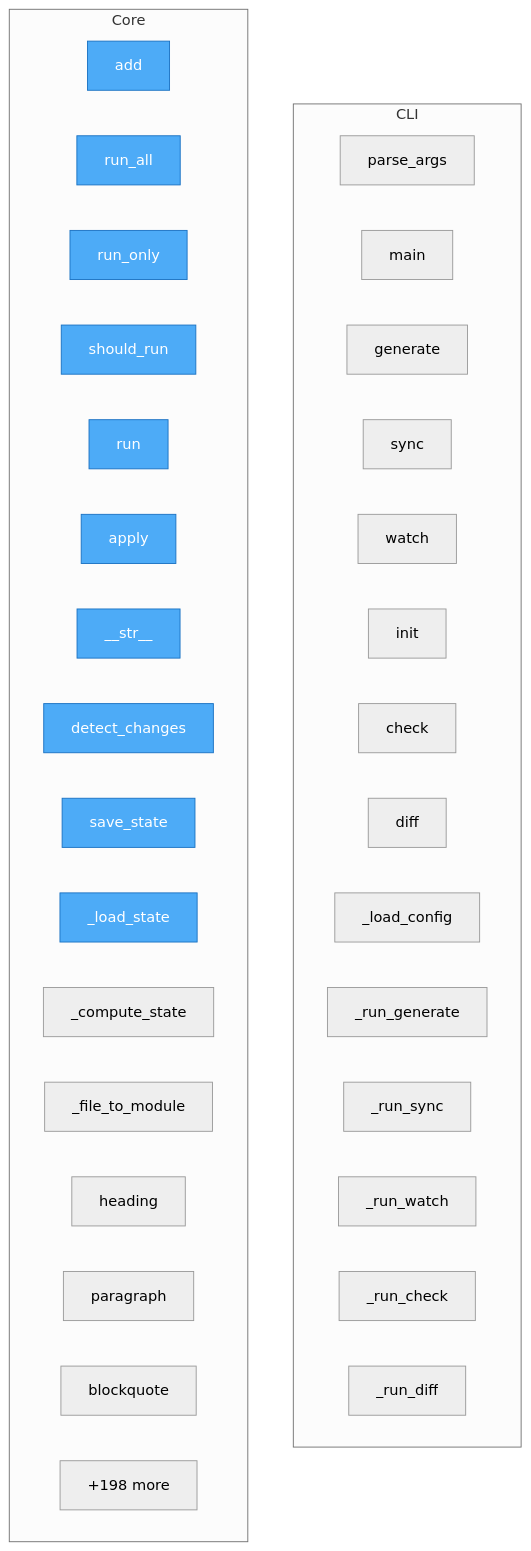
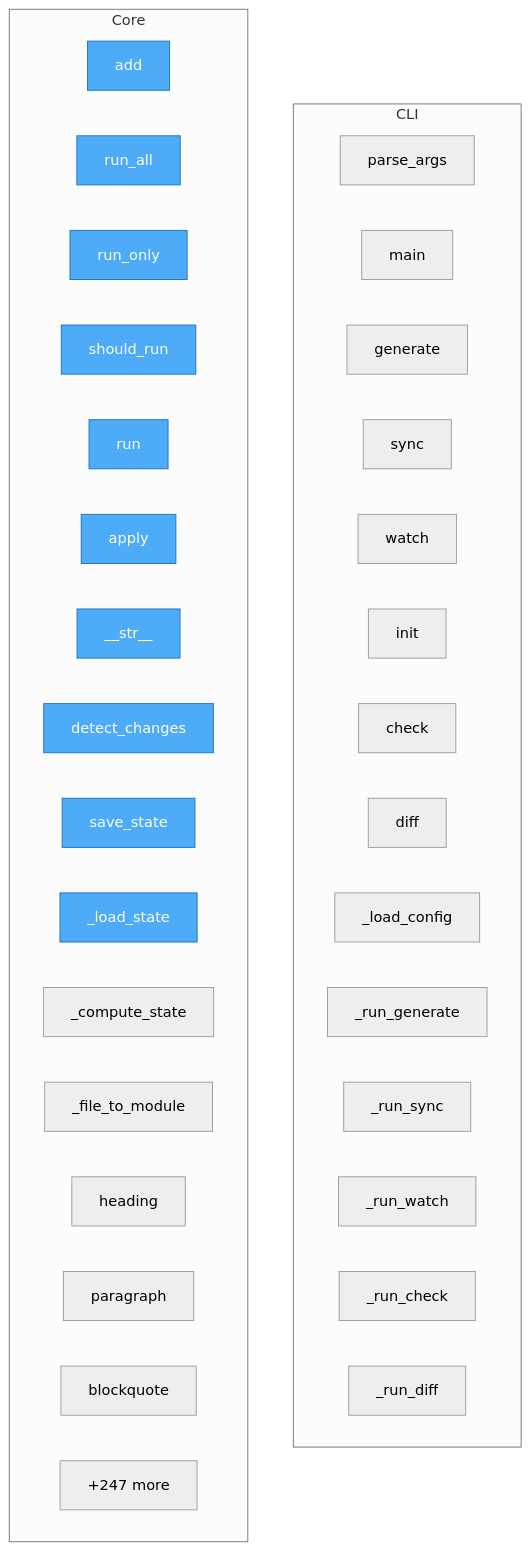
One commit to semcod/code2docs changed the diagram in project/flow.mmd. Above: the diagram before and after it, drawn with Mermaid (neutral theme). The commit also changed 30 other files, not shown here.

```diff
--- a/project/flow.mmd
+++ b/project/flow.mmd
@@ -1,42 +1,42 @@
 flowchart TD
 
     %% Entry points (blue)
     classDef entry fill:#4dabf7,stroke:#1971c2,color:#fff
 
     subgraph CLI
         code2docs__cli__DefaultGroup__parse_args["parse_args"]
         code2docs__cli__main["main"]
         code2docs__cli__generate["generate"]
         code2docs__cli__sync["sync"]
         code2docs__cli__watch["watch"]
         code2docs__cli__init["init"]
         code2docs__cli__check["check"]
         code2docs__cli__diff["diff"]
         code2docs__cli___load_config["_load_config"]
         code2docs__cli___run_generate["_run_generate"]
         code2docs__cli___run_sync["_run_sync"]
         code2docs__cli___run_watch["_run_watch"]
         code2docs__cli___run_check["_run_check"]
         code2docs__cli___run_diff["_run_diff"]
     end
 
     subgraph Core
         code2docs__registry__GeneratorRegistry__add["add"]
         code2docs__registry__GeneratorRegistry__run_all["run_all"]
         code2docs__registry__GeneratorRegistry__run_only["run_only"]
         code2docs__base__BaseGenerator__should_run["should_run"]
         code2docs__base__BaseGenerator__run["run"]
         code2docs__sync__updater__Updater__apply["apply"]
         code2docs__sync__differ__ChangeInfo____str__["__str__"]
         code2docs__sync__differ__Differ__detect_changes["detect_changes"]
         code2docs__sync__differ__Differ__save_state["save_state"]
         code2docs__sync__differ__Differ___load_state["_load_state"]
         code2docs__sync__differ__Differ___compute_state["_compute_state"]
         code2docs__sync__differ__Differ___file_to_module["_file_to_module"]
         code2docs__formatters__markdown__MarkdownFormatter__heading["heading"]
         code2docs__formatters__markdown__MarkdownFormatter__paragraph["paragraph"]
         code2docs__formatters__markdown__MarkdownFormatter__blockquote["blockquote"]
-        ...["+198 more"]
+        ...["+247 more"]
     end
 
     class code2docs__registry__GeneratorRegistry__add,code2docs__registry__GeneratorRegistry__run_all,code2docs__registry__GeneratorRegistry__run_only,code2docs__base__BaseGenerator__should_run,code2docs__base__BaseGenerator__run,code2docs__sync__updater__Updater__apply,code2docs__sync__differ__ChangeInfo____str__,code2docs__sync__differ__Differ__detect_changes,code2docs__sync__differ__Differ__save_state,code2docs__sync__differ__Differ___load_state entry
```
